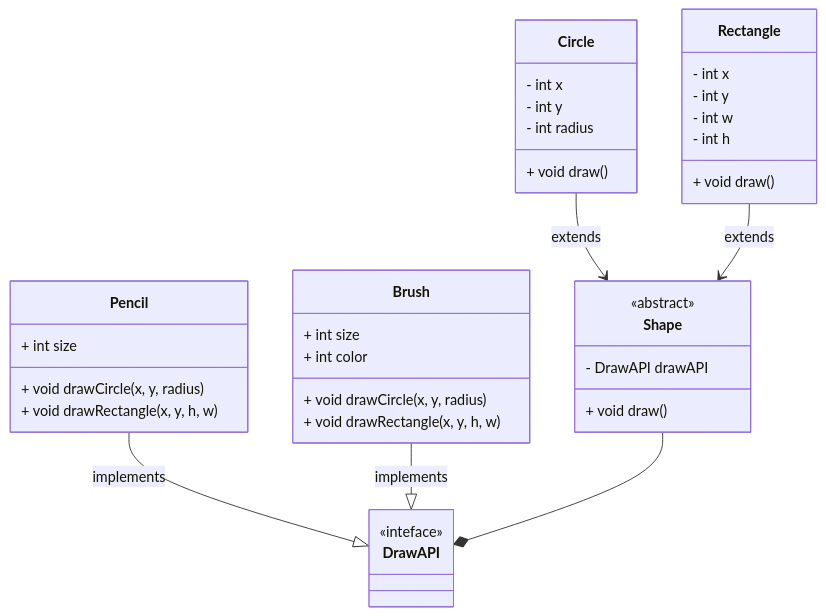
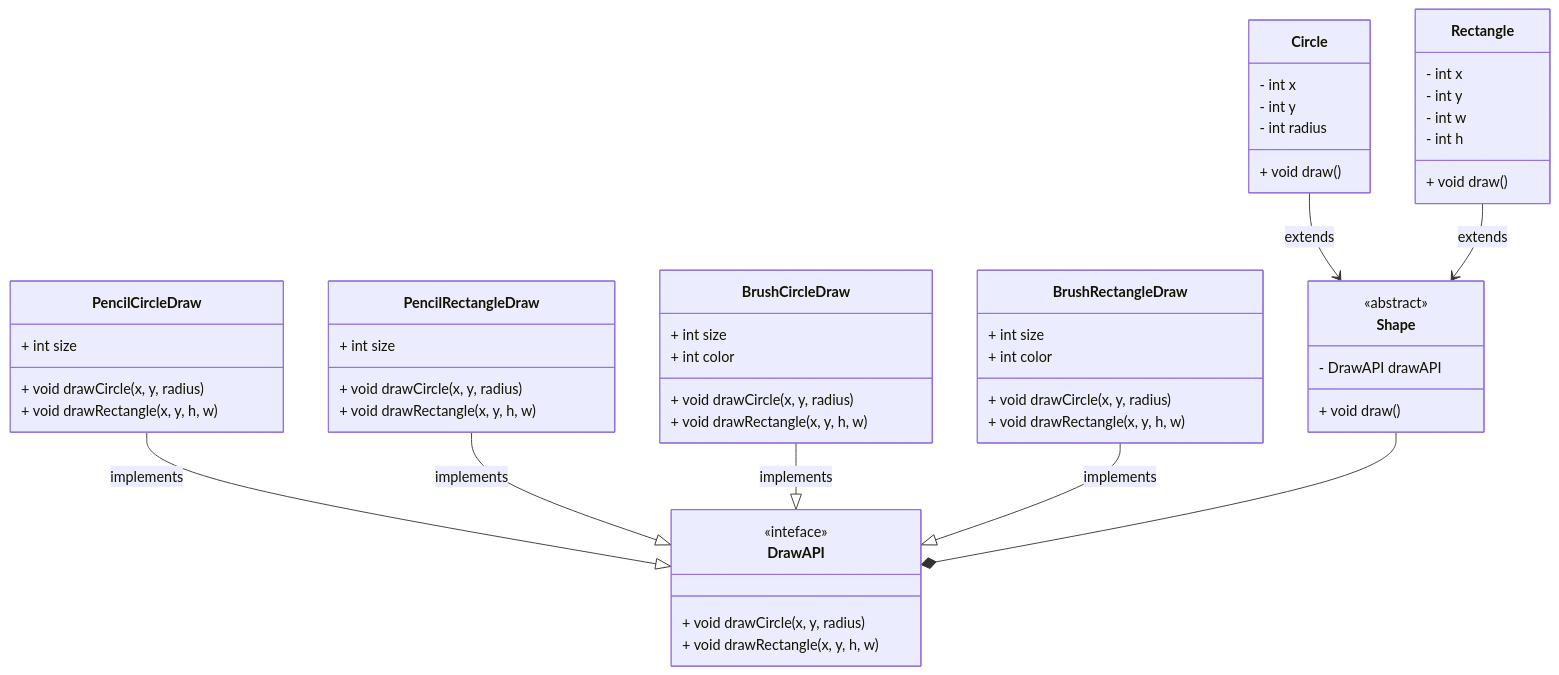
One commit to nguyenvantien2009/design-pattern-learning changed the diagram in src/main/java/com/despat/structural/bridge/readme.md. Above: the diagram before and after it, drawn with Mermaid. The commit also changed 10 other files, not shown here.

````diff
--- a/src/main/java/com/despat/structural/bridge/readme.md
+++ b/src/main/java/com/despat/structural/bridge/readme.md
@@ -5,37 +5,50 @@
 ```mermaid
 classDiagram
 class Shape
 <<abstract>> Shape
 Shape: - DrawAPI drawAPI
 Shape: + void draw()
 
 Circle --> Shape: extends
 Circle: - int x
 Circle: - int y
 Circle: - int radius
 Circle: + void draw()
 
 Rectangle --> Shape: extends
 Rectangle: - int x
 Rectangle: - int y
 Rectangle: - int w
 Rectangle: - int h
 Rectangle: + void draw()
 
 
 class DrawAPI
 <<inteface>> DrawAPI
+DrawAPI: + void drawCircle(x, y, radius)
+DrawAPI: + void drawRectangle(x, y, h, w)
 
-Pencil --|> DrawAPI: implements
-Pencil: + int size
-Pencil: + void drawCircle(x, y, radius)
-Pencil: + void drawRectangle(x, y, h, w)
+PencilCircleDraw --|> DrawAPI: implements
+PencilCircleDraw: + int size
+PencilCircleDraw: + void drawCircle(x, y, radius)
+PencilCircleDraw: + void drawRectangle(x, y, h, w)
 
-Brush --|> DrawAPI: implements
-Brush: + int size
-Brush: + int color
-Brush: + void drawCircle(x, y, radius)
-Brush: + void drawRectangle(x, y, h, w)
+PencilRectangleDraw --|> DrawAPI: implements
+PencilRectangleDraw: + int size
+PencilRectangleDraw: + void drawCircle(x, y, radius)
+PencilRectangleDraw: + void drawRectangle(x, y, h, w)
+
+BrushCircleDraw --|> DrawAPI: implements
+BrushCircleDraw: + int size
+BrushCircleDraw: + int color
+BrushCircleDraw: + void drawCircle(x, y, radius)
+BrushCircleDraw: + void drawRectangle(x, y, h, w)
+
+BrushRectangleDraw --|> DrawAPI: implements
+BrushRectangleDraw: + int size
+BrushRectangleDraw: + int color
+BrushRectangleDraw: + void drawCircle(x, y, radius)
+BrushRectangleDraw: + void drawRectangle(x, y, h, w)
 
 Shape --* DrawAPI
 ```
````
